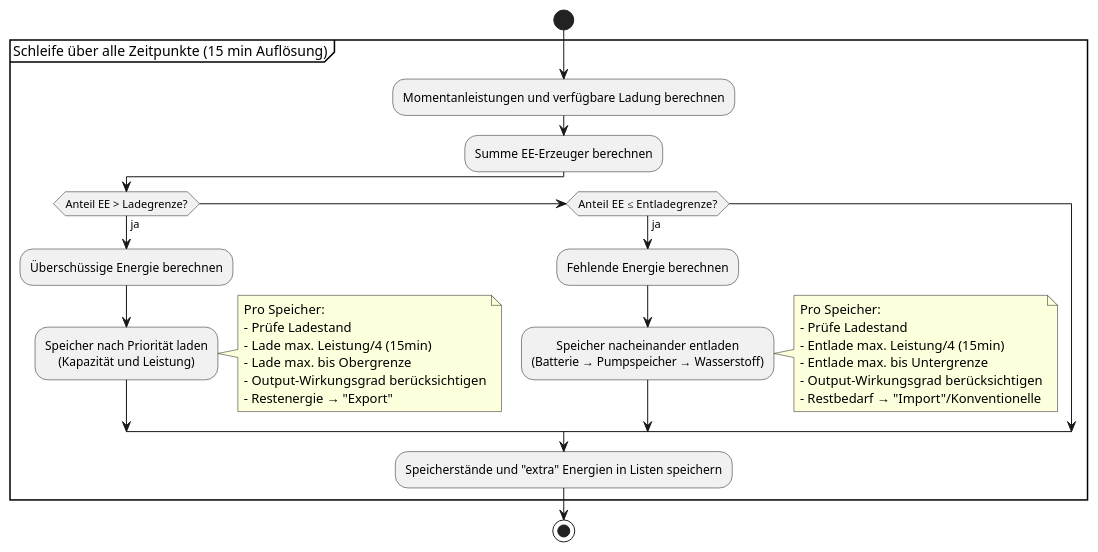
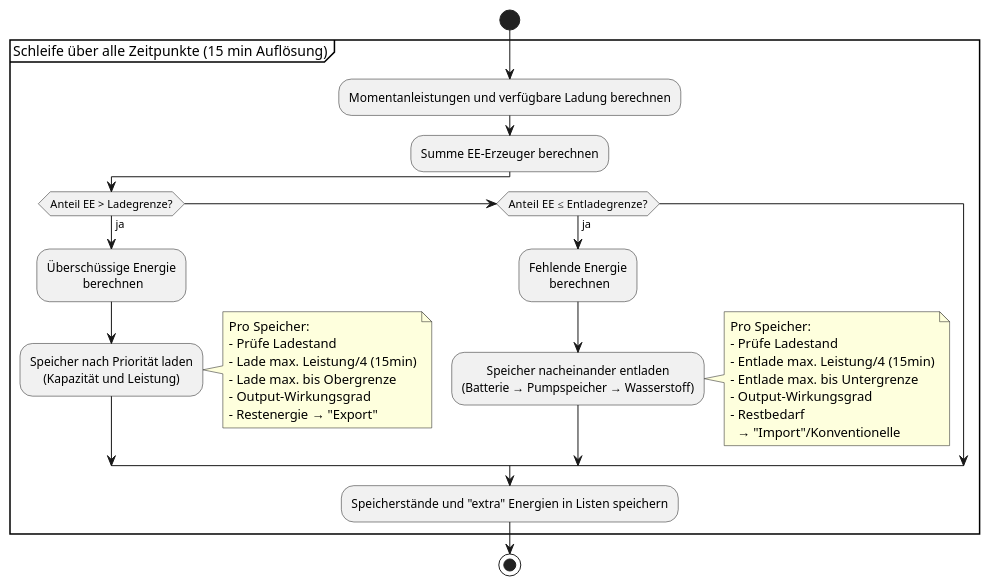
The diagram in Sonstiges/UML_Diagramme/Prognose_Speicher_Loop.plantuml (gitroi/IPJ1-Pottkieker), drawn with PlantUML before and after one commit.

Commit message:
UML Update 2

```diff
--- a/Sonstiges/UML_Diagramme/Prognose_Speicher_Loop.plantuml
+++ b/Sonstiges/UML_Diagramme/Prognose_Speicher_Loop.plantuml
@@ -1,55 +1,58 @@
 @startuml Prognose_Speicher
 /'
 Grundstruktur mit Hilfe von KI anhand Python-Code erstellt. (Claude Sonnet 4.5)
 '/
 
 <style>
 activity {
     HorizontalAlignment center
 }
 </style>
 
 start
 
 partition "Schleife über alle Zeitpunkte (15 min Auflösung)" {
     
     :Momentanleistungen und verfügbare Ladung berechnen;
     
     :Summe EE-Erzeuger berechnen;
     
     if (Anteil EE > Ladegrenze?) then (ja)
-        :Überschüssige Energie berechnen;
+        :Überschüssige Energie 
+         berechnen;
         
         :Speicher nach Priorität laden\n(Kapazität und Leistung);
         
         note right
             Pro Speicher:
             - Prüfe Ladestand
             - Lade max. Leistung/4 (15min)
             - Lade max. bis Obergrenze
-            - Output-Wirkungsgrad berücksichtigen
+            - Output-Wirkungsgrad
             - Restenergie → "Export"
         end note
         
     elseif (Anteil EE ≤ Entladegrenze?) then (ja)
-        :Fehlende Energie berechnen;
+        :Fehlende Energie 
+         berechnen;
         
         :Speicher nacheinander entladen\n(Batterie → Pumpspeicher → Wasserstoff);
         
         note right
             Pro Speicher:
             - Prüfe Ladestand
             - Entlade max. Leistung/4 (15min)
             - Entlade max. bis Untergrenze
-            - Output-Wirkungsgrad berücksichtigen
-            - Restbedarf → "Import"/Konventionelle
+            - Output-Wirkungsgrad
+            - Restbedarf 
+              → "Import"/Konventionelle
         end note
         
     endif
     
     :Speicherstände und "extra" Energien in Listen speichern;
     
 }
 
 stop
 @enduml
```
